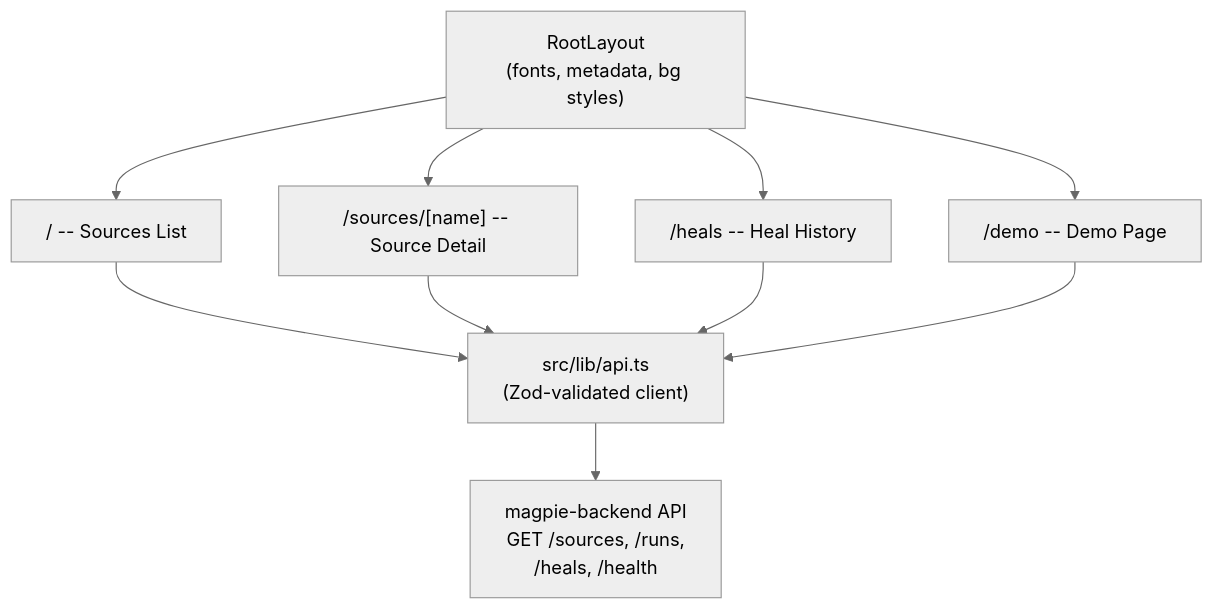
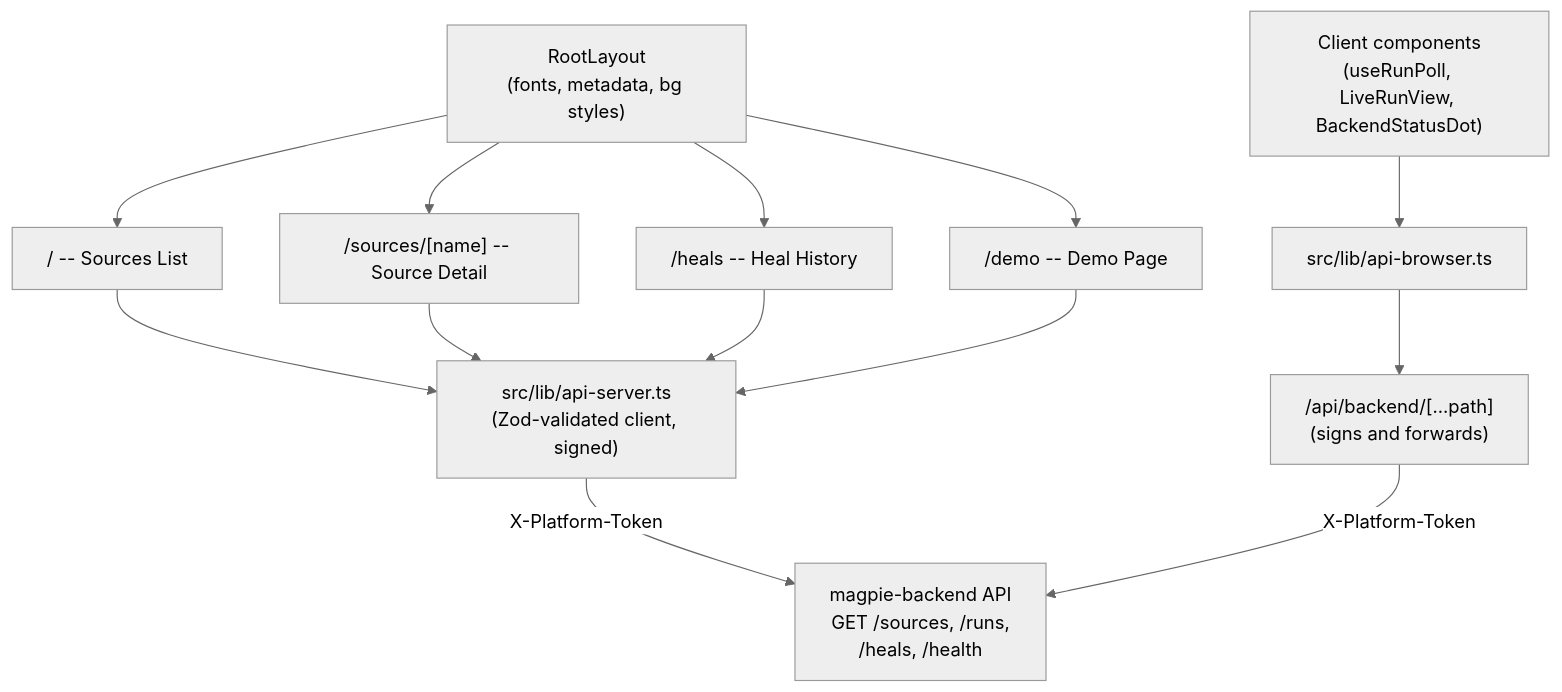
The second of 4 diagrams in docs/ARCHITECTURE.md (Abdul-Muizz1310/magpie-frontend), drawn with Mermaid (neutral theme) before and after one commit. The commit also changed other lines of this file and 31 other files, not shown here.

First line of the commit message:
feat(api): call the backend with a signed platform token

````diff
--- a/docs/ARCHITECTURE.md
+++ b/docs/ARCHITECTURE.md
@@ -16,15 +16,18 @@
 ```mermaid
 flowchart TD
     Layout["RootLayout<br/>(fonts, metadata, bg styles)"]
     Layout --> Home["/ -- Sources List"]
     Layout --> Detail["/sources/[name] -- Source Detail"]
     Layout --> Heals["/heals -- Heal History"]
     Layout --> Demo["/demo -- Demo Page"]
 
-    Home --> ApiClient["src/lib/api.ts<br/>(Zod-validated client)"]
-    Detail --> ApiClient
-    Heals --> ApiClient
-    Demo --> ApiClient
+    Home --> ServerApi["src/lib/api-server.ts<br/>(Zod-validated client, signed)"]
+    Detail --> ServerApi
+    Heals --> ServerApi
+    Demo --> ServerApi
 
-    ApiClient --> Backend["magpie-backend API<br/>GET /sources, /runs,<br/>/heals, /health"]
+    ServerApi -->|X-Platform-Token| Backend["magpie-backend API<br/>GET /sources, /runs,<br/>/heals, /health"]
+    Client["Client components<br/>(useRunPoll, LiveRunView, BackendStatusDot)"] --> BrowserApi["src/lib/api-browser.ts"]
+    BrowserApi --> Proxy["/api/backend/[...path]<br/>(signs and forwards)"]
+    Proxy -->|X-Platform-Token| Backend
 ```
````
